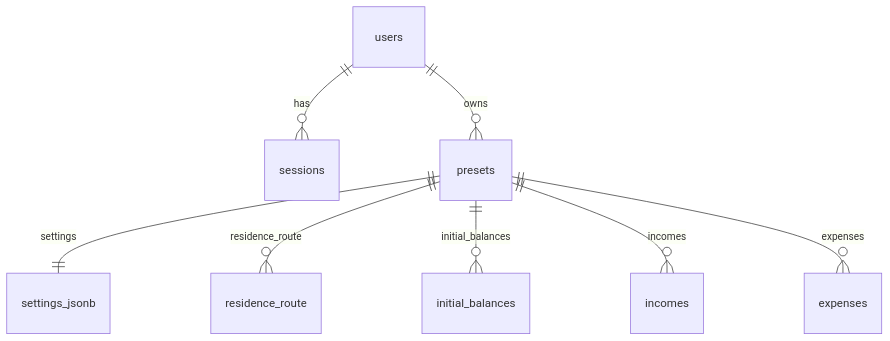
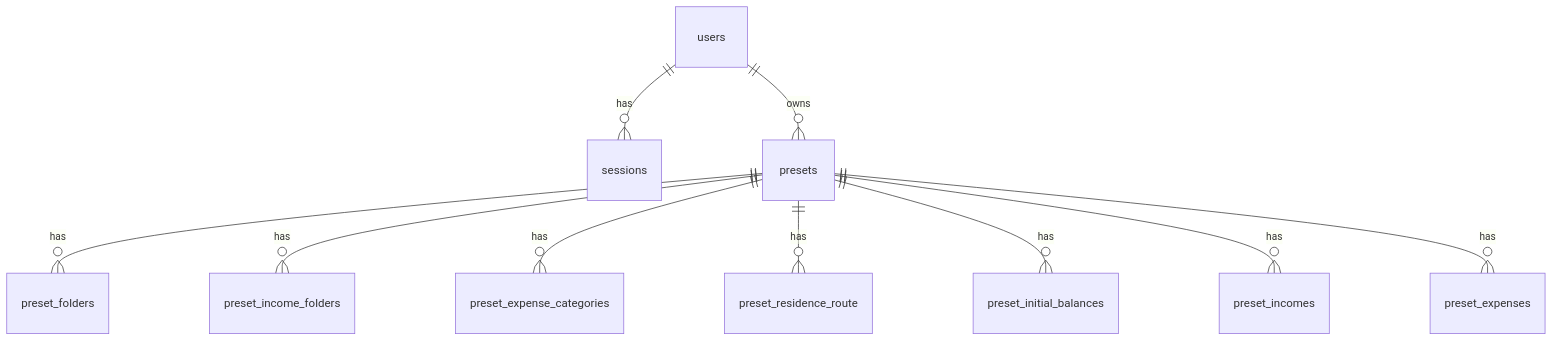
One commit to merdovash/trip_budget changed the second of 2 diagrams in database.md. Above: the diagram before and after it, drawn with Mermaid. The commit also changed other lines of this file and 7 other files, not shown here.

````diff
--- a/database.md
+++ b/database.md
@@ -192,10 +199,12 @@
 ```mermaid
 erDiagram
   users ||--o{ sessions : has
   users ||--o{ presets : owns
-  presets ||--|| settings_jsonb : settings
-  presets ||--o{ residence_route : residence_route
-  presets ||--o{ initial_balances : initial_balances
-  presets ||--o{ incomes : incomes
-  presets ||--o{ expenses : expenses
+  presets ||--o{ preset_folders : has
+  presets ||--o{ preset_income_folders : has
+  presets ||--o{ preset_expense_categories : has
+  presets ||--o{ preset_residence_route : has
+  presets ||--o{ preset_initial_balances : has
+  presets ||--o{ preset_incomes : has
+  presets ||--o{ preset_expenses : has
 ```
````
